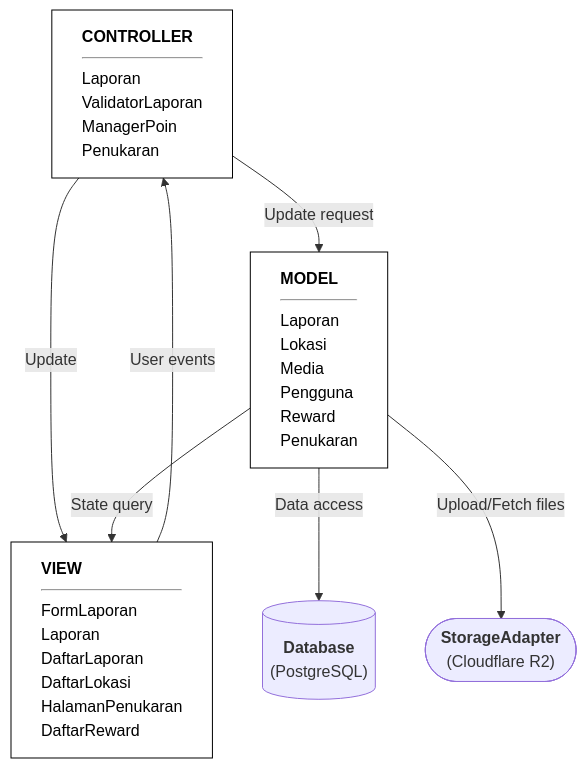
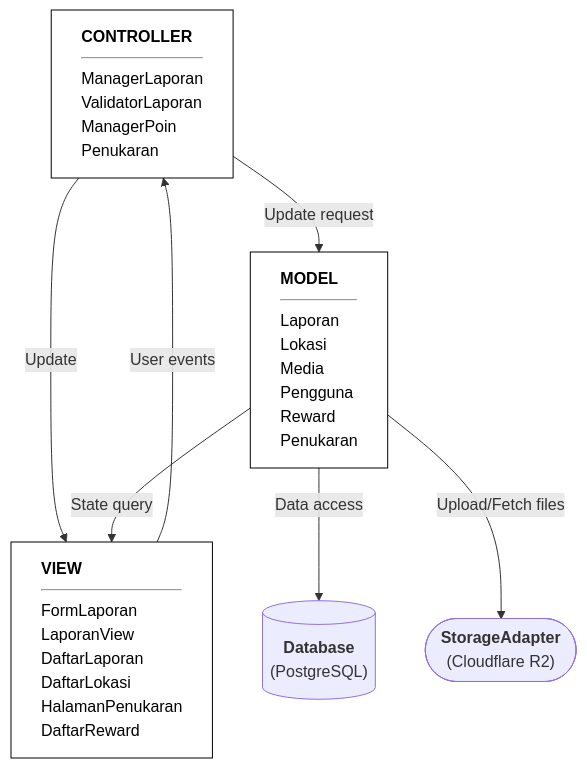
The first of 28 diagrams in docs/M7/K03_G02_DPPL.md (star-scripter/IF2150-RPL-K03-G02), drawn with Mermaid before and after one commit. The commit also changed other lines of this file, not shown here.

Commit message:
docs: 2.2 and 2.3 adjust

````diff
--- a/docs/M7/K03_G02_DPPL.md
+++ b/docs/M7/K03_G02_DPPL.md
@@ -138,29 +138,29 @@
 ```mermaid
 flowchart TD
     %% Definisi komponen Controller
-    C["<div style='text-align: left;'><b>CONTROLLER</b><hr/>Laporan<br/>ValidatorLaporan<br/>ManagerPoin<br/>Penukaran</div>"]
+    C["<div style='text-align: left;'><b>CONTROLLER</b><hr/>ManagerLaporan<br/>ValidatorLaporan<br/>ManagerPoin<br/>Penukaran</div>"]
     
     %% Definisi komponen View
-    V["<div style='text-align: left;'><b>VIEW</b><hr/>FormLaporan<br/>Laporan<br/>DaftarLaporan<br/>DaftarLokasi<br/>HalamanPenukaran<br/>DaftarReward</div>"]
+    V["<div style='text-align: left;'><b>VIEW</b><hr/>FormLaporan<br/>LaporanView<br/>DaftarLaporan<br/>DaftarLokasi<br/>HalamanPenukaran<br/>DaftarReward</div>"]
     
     %% Definisi komponen Model
     M["<div style='text-align: left;'><b>MODEL</b><hr/>Laporan<br/>Lokasi<br/>Media<br/>Pengguna<br/>Reward<br/>Penukaran</div>"]
     
     %% Definisi Penyimpanan dan Integrasi Eksternal
     DB[("<b>Database</b><br/>(PostgreSQL)")]
     SA(["<b>StorageAdapter</b><br/>(Cloudflare R2)"])
 
     %% Relasi antar komponen berdasarkan referensi arsitektur MVC
     C -->|"Update"| V
     V -->|"User events"| C
     
     C -->|"Update request"| M
     M -->|"State query"| V
     
     M -->|"Data access"| DB
     M -->|"Upload/Fetch files"| SA
 
     %% Styling untuk menyamakan dengan visual kotak hitam-putih
     classDef mvcBox fill:#ffffff,stroke:#000000,stroke-width:1px,color:#000000;
     class C,V,M mvcBox;
 ```
````
